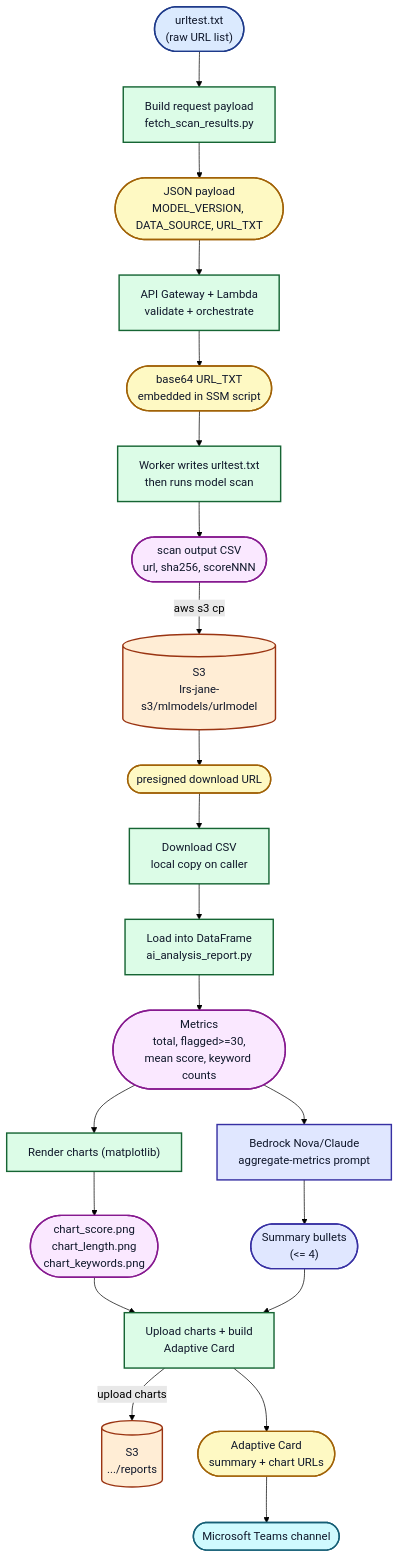
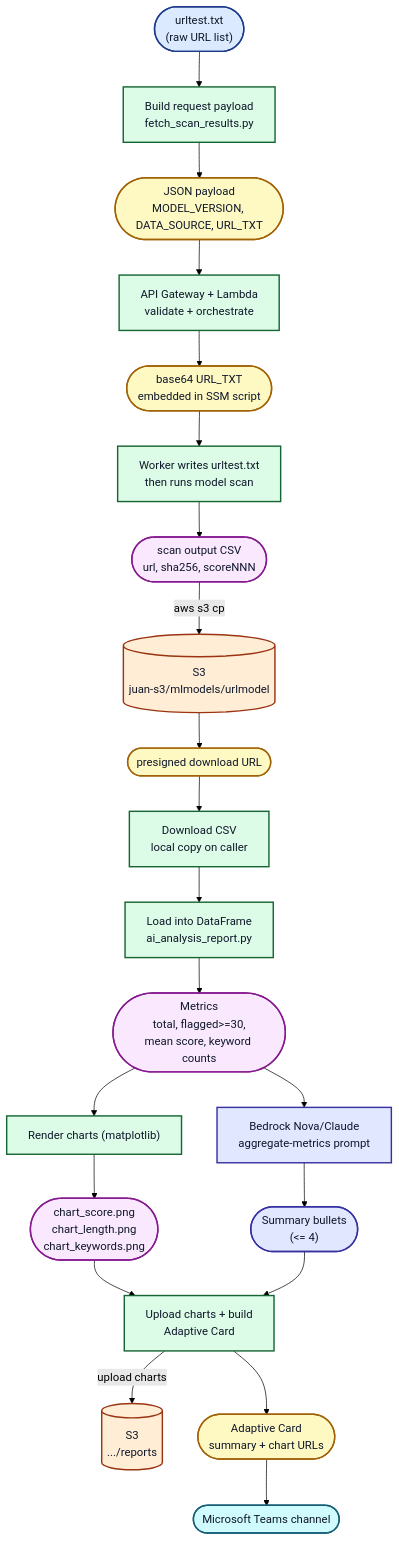
The second of 2 diagrams in README.md (juanchencs/ai-urlmodel-scanning-orchestrator), drawn with Mermaid (forest theme) before and after one commit. The commit also changed other lines of this file and 15 other files, not shown here.

````diff
--- a/README.md
+++ b/README.md
@@ -89,45 +89,45 @@
 ```mermaid
 flowchart TB
     classDef input fill:#dbeafe,stroke:#1e3a8a,stroke-width:2px,color:#0f172a;
     classDef process fill:#dcfce7,stroke:#166534,stroke-width:2px,color:#0f172a;
     classDef payload fill:#fef9c3,stroke:#a16207,stroke-width:2px,color:#0f172a;
     classDef data fill:#fae8ff,stroke:#86198f,stroke-width:2px,color:#0f172a;
     classDef store fill:#ffedd5,stroke:#9a3412,stroke-width:2px,color:#0f172a;
     classDef ai fill:#e0e7ff,stroke:#3730a3,stroke-width:2px,color:#0f172a;
     classDef output fill:#cffafe,stroke:#155e75,stroke-width:2px,color:#0f172a;
 
     D1(["urltest.txt<br/>(raw URL list)"]):::input
     P1["Build request payload<br/>fetch_scan_results.py"]:::process
     D2(["JSON payload<br/>MODEL_VERSION, DATA_SOURCE, URL_TXT"]):::payload
 
     P2["API Gateway + Lambda<br/>validate + orchestrate"]:::process
     D3(["base64 URL_TXT<br/>embedded in SSM script"]):::payload
     P3["Worker writes urltest.txt<br/>then runs model scan"]:::process
     D4(["scan output CSV<br/>url, sha256, scoreNNN"]):::data
 
-    S1[("S3<br/>lrs-jane-s3/mlmodels/urlmodel")]:::store
+    S1[("S3<br/>juan-s3/mlmodels/urlmodel")]:::store
     D5(["presigned download URL"]):::payload
     P4["Download CSV<br/>local copy on caller"]:::process
 
     P5["Load into DataFrame<br/>ai_analysis_report.py"]:::process
     D6(["Metrics<br/>total, flagged>=30,<br/>mean score, keyword counts"]):::data
     P6["Render charts (matplotlib)"]:::process
     D7(["chart_score.png<br/>chart_length.png<br/>chart_keywords.png"]):::data
 
     P7["Bedrock Nova/Claude<br/>aggregate-metrics prompt"]:::ai
     D8(["Summary bullets<br/>(<= 4)"]):::ai
 
     P8["Upload charts + build<br/>Adaptive Card"]:::process
     S2[("S3<br/>.../reports")]:::store
     D9(["Adaptive Card<br/>summary + chart URLs"]):::payload
     OUT(["Microsoft Teams channel"]):::output
 
     D1 --> P1 --> D2 --> P2 --> D3 --> P3 --> D4
     D4 -->|aws s3 cp| S1
     S1 --> D5 --> P4 --> P5 --> D6 --> P6 --> D7
     D6 --> P7 --> D8
     D7 --> P8
     D8 --> P8
     P8 -->|upload charts| S2
     P8 --> D9 --> OUT
 ```
````
